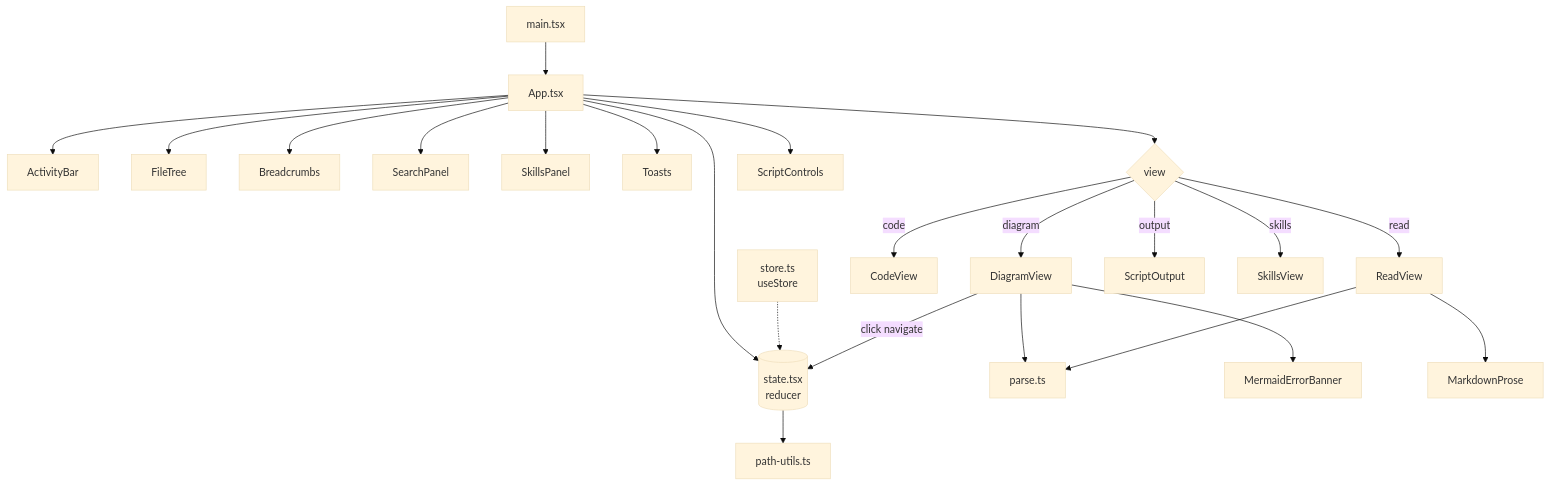
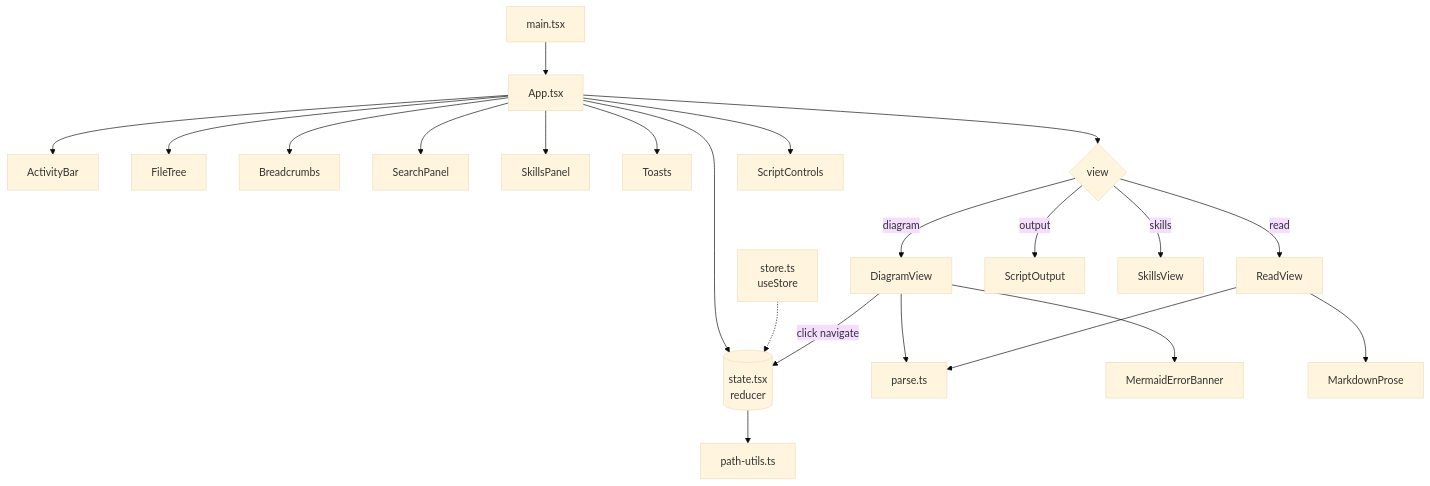
One commit to keithagroves/codeswim changed the diagram in architecture/renderer.md. Above: the diagram before and after it, drawn with Mermaid (base theme). The commit also changed other lines of this file and 36 other files, not shown here.

````diff
--- a/architecture/renderer.md
+++ b/architecture/renderer.md
@@ -16,46 +16,44 @@
 ```mermaid
 flowchart TD
     Entry[main.tsx] --> AppRoot[App.tsx]
     AppRoot --> State[(state.tsx<br/>reducer)]
     Store[store.ts<br/>useStore] -.-> State
     AppRoot --> Activity[ActivityBar]
     AppRoot --> Tree[FileTree]
     AppRoot --> Crumbs[Breadcrumbs]
     AppRoot --> Search[SearchPanel]
     AppRoot --> SkillsP[SkillsPanel]
     AppRoot --> Toasts
     AppRoot --> View{view}
     View -->|diagram| Diagram[DiagramView]
-    View -->|code| Code[CodeView]
     View -->|read| Read[ReadView]
     View -->|output| Output[ScriptOutput]
     View -->|skills| SkillsV[SkillsView]
     Diagram --> Parse[parse.ts]
     Read --> Parse
     Diagram -->|click navigate| State
     Diagram --> ErrBanner[MermaidErrorBanner]
     Read --> Prose[MarkdownProse]
     AppRoot --> ScriptCtl[ScriptControls]
     State --> PathUtil[path-utils.ts]
 
     click Entry call navigate("../src/renderer/src/main.tsx")
     click AppRoot call navigate("../src/renderer/src/App.tsx")
     click State call navigate("../src/renderer/src/state.tsx")
     click Store call navigate("../src/renderer/src/store.ts")
     click Parse call navigate("../src/renderer/src/parse.ts")
     click PathUtil call navigate("../src/renderer/src/path-utils.ts")
     click Diagram call navigate("../src/renderer/src/components/DiagramView.tsx")
-    click Code call navigate("../src/renderer/src/components/CodeView.tsx")
     click Read call navigate("../src/renderer/src/components/ReadView.tsx")
     click Output call navigate("../src/renderer/src/components/ScriptOutput.tsx")
     click SkillsV call navigate("../src/renderer/src/components/SkillsView.tsx")
     click Activity call navigate("../src/renderer/src/components/ActivityBar.tsx")
     click Tree call navigate("../src/renderer/src/components/FileTree.tsx")
     click Crumbs call navigate("../src/renderer/src/components/Breadcrumbs.tsx")
     click Search call navigate("../src/renderer/src/components/SearchPanel.tsx")
     click SkillsP call navigate("../src/renderer/src/components/SkillsPanel.tsx")
     click Toasts call navigate("../src/renderer/src/components/Toasts.tsx")
     click ScriptCtl call navigate("../src/renderer/src/components/ScriptControls.tsx")
     click ErrBanner call navigate("../src/renderer/src/components/MermaidErrorBanner.tsx")
     click Prose call navigate("../src/renderer/src/components/MarkdownProse.tsx")
 ```
````
